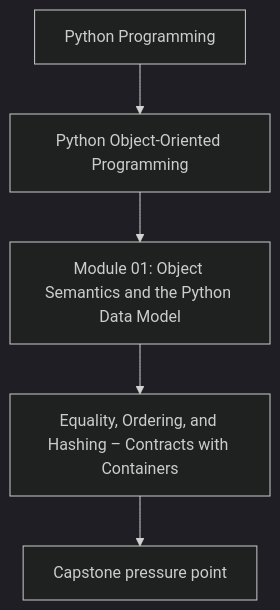
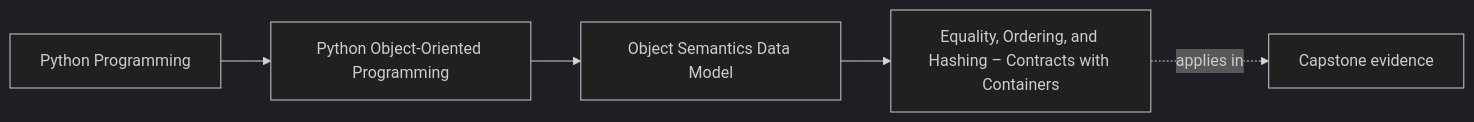
One commit to bijux/bijux-masterclass changed the first of 2 diagrams in programs/python-programming/python-object-oriented-programming/course-book/module-01-object-semantics-data-model/equality-ordering-and-hashing.md. Above: the diagram before and after it, drawn with Mermaid (dark theme). The commit also changed other lines of this file and 65 other files, not shown here.

Commit message:
docs(python-object-oriented-programming): map object model and design foundations

````diff
--- a/programs/python-programming/python-object-oriented-programming/course-book/module-01-object-semantics-data-model/equality-ordering-and-hashing.md
+++ b/programs/python-programming/python-object-oriented-programming/course-book/module-01-object-semantics-data-model/equality-ordering-and-hashing.md
@@ -7,7 +7,11 @@
 ```mermaid
-flowchart TD
-  family["Python Programming"] --> program["Python Object-Oriented Programming"]
-  program --> module["Module 01: Object Semantics and the Python Data Model"]
-  module --> concept["Equality, Ordering, and Hashing – Contracts with Containers"]
-  concept --> capstone["Capstone pressure point"]
+graph LR
+  family["Python Programming"]
+  program["Python Object-Oriented Programming"]
+  section["Object Semantics Data Model"]
+  page["Equality, Ordering, and Hashing – Contracts with Containers"]
+  capstone["Capstone evidence"]
+
+  family --> program --> section --> page
+  page -.applies in.-> capstone
 ```
````
